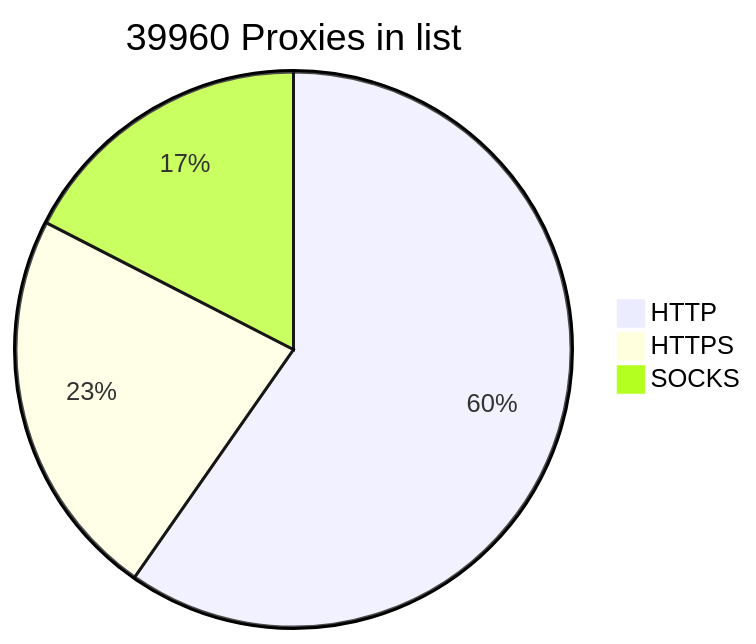
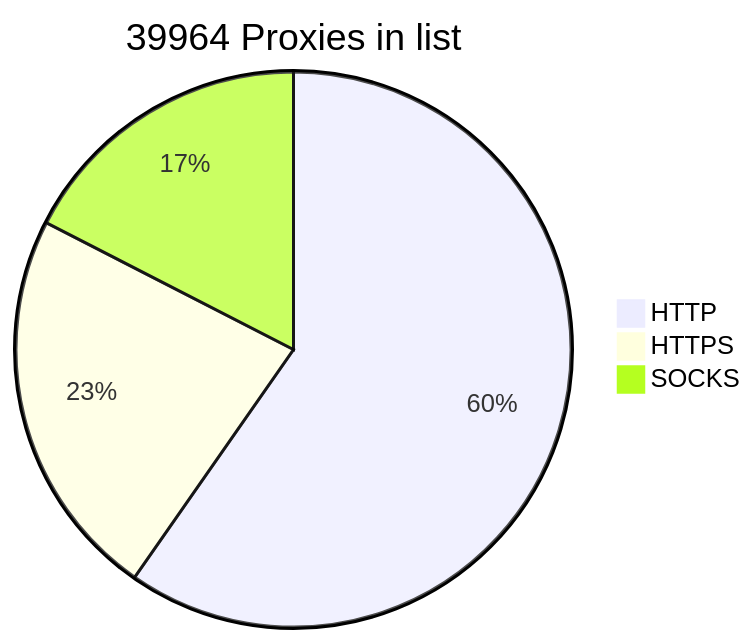
One commit to BlackSnowDot/proxylist-update-every-minute changed the diagram in README.md. Above: the diagram before and after it, drawn with Mermaid.

````diff
--- a/README.md
+++ b/README.md
@@ -2,6 +2,6 @@
 ```mermaid
-pie title 39960 Proxies in list
-    "HTTP" : 28127
-    "HTTPS": 10764
-    "SOCKS" : 8224
+pie title 39964 Proxies in list
+    "HTTP" : 28129
+    "HTTPS": 10767
+    "SOCKS" : 8227
 ```
````
